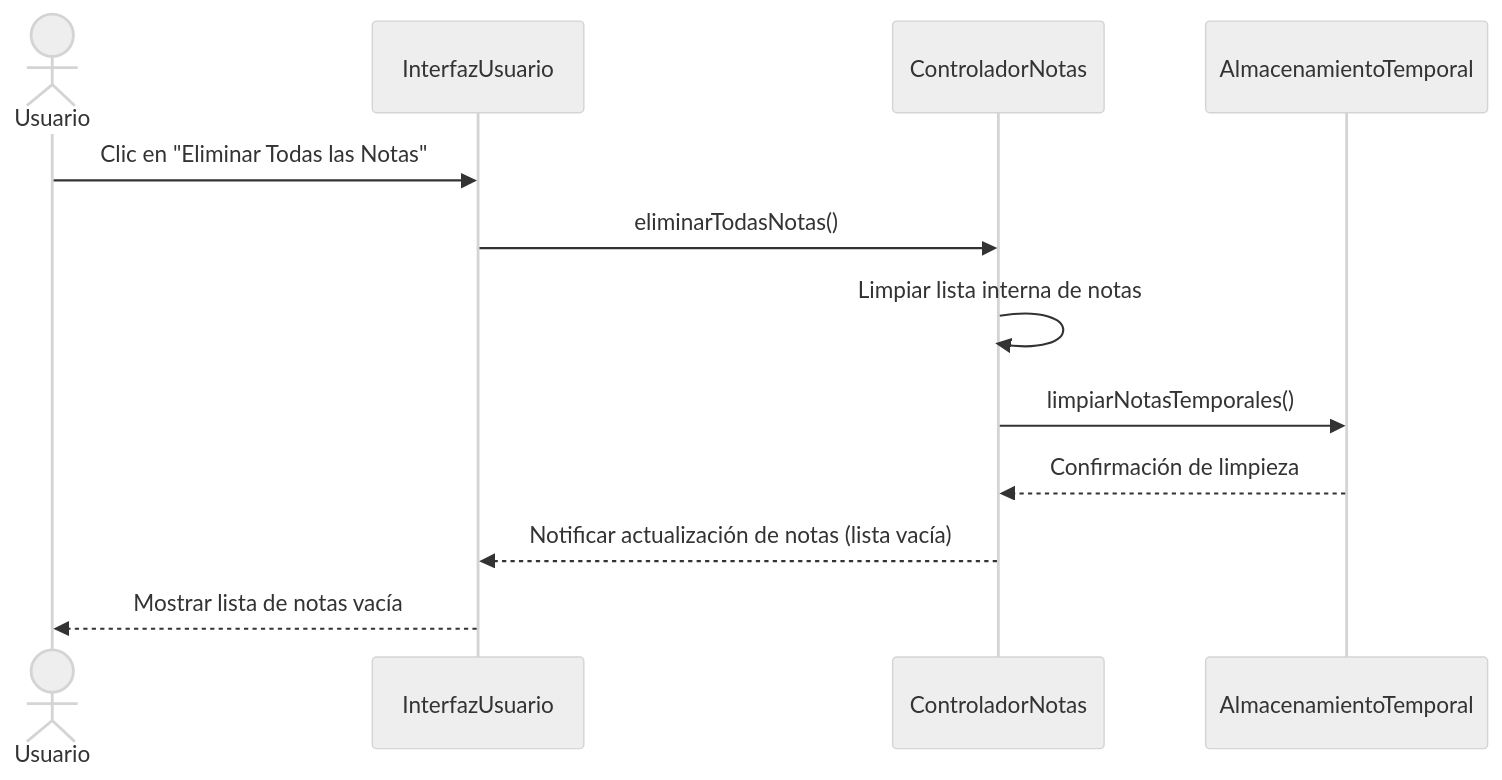
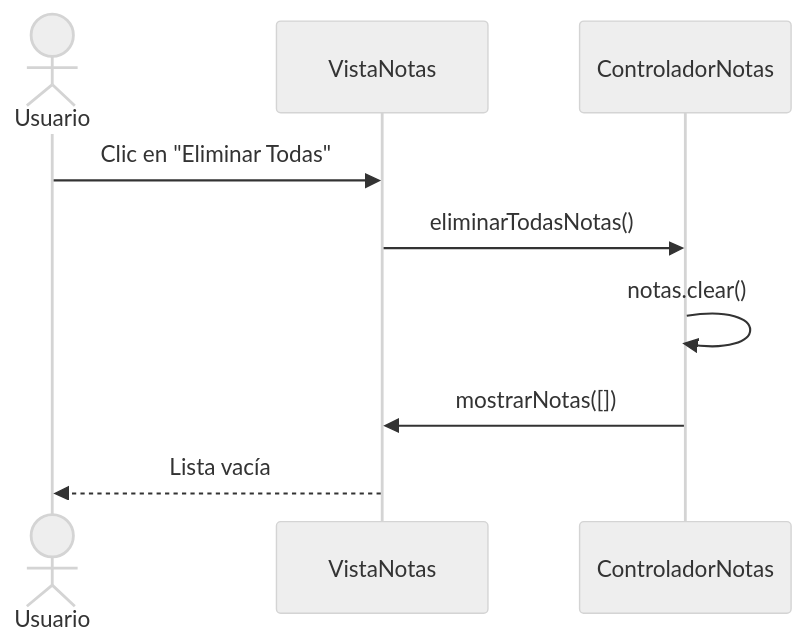
The ninth of 12 diagrams in README.md (jangelmm/FlashNotes), drawn with Mermaid (neutral theme) before and after one commit. The commit also changed other lines of this file and 8 other files, not shown here.

````diff
--- a/README.md
+++ b/README.md
@@ -344,15 +402,12 @@
 ```mermaid
 sequenceDiagram
     actor Usuario
-    participant GUI as InterfazUsuario
+    participant VistaNotas as VistaNotas
     participant Ctrl as ControladorNotas
-    participant Alm as AlmacenamientoTemporal
 
-    Usuario ->> GUI: Clic en "Eliminar Todas las Notas"
-    GUI ->> Ctrl: eliminarTodasNotas()
-    Ctrl ->> Ctrl: Limpiar lista interna de notas
-    Ctrl ->> Alm: limpiarNotasTemporales()
-    Alm -->> Ctrl: Confirmación de limpieza
-    Ctrl -->> GUI: Notificar actualización de notas (lista vacía)
-    GUI -->> Usuario: Mostrar lista de notas vacía
+    Usuario ->> VistaNotas: Clic en "Eliminar Todas"
+    VistaNotas ->> Ctrl: eliminarTodasNotas()
+    Ctrl ->> Ctrl: notas.clear()
+    Ctrl ->> VistaNotas: mostrarNotas([])
+    VistaNotas -->> Usuario: Lista vacía
 ```
````
